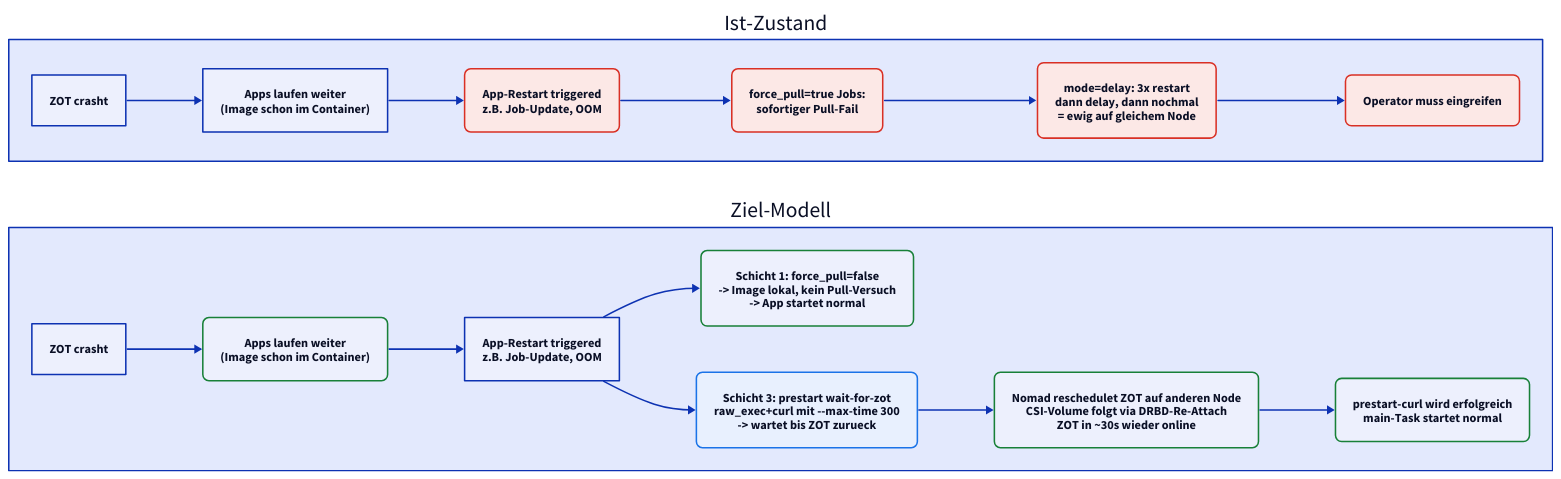
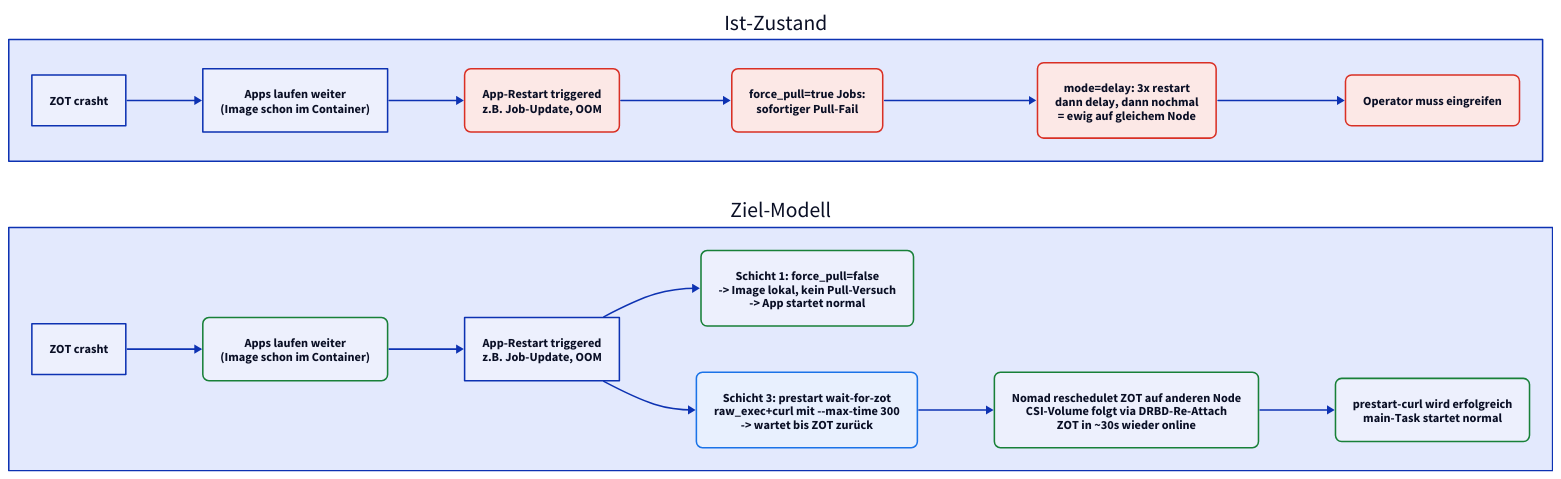
Before and after one commit to derever-labs/homelab-wiki: the fifth of 7 diagrams in docs/_querschnitt/cluster-resilience.md, drawn with D2. The commit also changed other lines of this file and 15 other files, not shown here.

````diff
--- a/docs/_querschnitt/cluster-resilience.md
+++ b/docs/_querschnitt/cluster-resilience.md
@@ -294,35 +294,35 @@
 ```d2
 direction: right
 
 classes: {
   ok: { style: { border-radius: 8; stroke: "#188038" } }
   problem: { style: { border-radius: 8; stroke: "#d93025"; fill: "#fce8e6" } }
   wait: { style: { border-radius: 8; stroke: "#1a73e8"; fill: "#e8f0fe" } }
 }
 
 Heute: "Ist-Zustand" {
   hz1: "ZOT crasht"
   hz2: "Apps laufen weiter\n(Image schon im Container)"
   hz3: "App-Restart triggered\nz.B. Job-Update, OOM" { class: problem }
   hz4: "force_pull=true Jobs:\nsofortiger Pull-Fail" { class: problem }
   hz5: "mode=delay: 3x restart\ndann delay, dann nochmal\n= ewig auf gleichem Node" { class: problem }
   hz6: "Operator muss eingreifen" { class: problem }
 
   hz1 -> hz2 -> hz3 -> hz4 -> hz5 -> hz6
 }
 
 Neu: "Ziel-Modell" {
   nz1: "ZOT crasht"
   nz2: "Apps laufen weiter\n(Image schon im Container)" { class: ok }
   nz3: "App-Restart triggered\nz.B. Job-Update, OOM"
   nz4_cache: "Schicht 1: force_pull=false\n-> Image lokal, kein Pull-Versuch\n-> App startet normal" { class: ok }
-  nz4_wait: "Schicht 3: prestart wait-for-zot\nraw_exec+curl mit --max-time 300\n-> wartet bis ZOT zurueck" { class: wait }
+  nz4_wait: "Schicht 3: prestart wait-for-zot\nraw_exec+curl mit --max-time 300\n-> wartet bis ZOT zurück" { class: wait }
   nz5: "Nomad reschedulet ZOT auf anderen Node\nCSI-Volume folgt via DRBD-Re-Attach\nZOT in ~30s wieder online" { class: ok }
   nz6: "prestart-curl wird erfolgreich\nmain-Task startet normal" { class: ok }
 
   nz1 -> nz2 -> nz3
   nz3 -> nz4_cache
   nz3 -> nz4_wait
   nz4_wait -> nz5 -> nz6
 }
 ```
````
